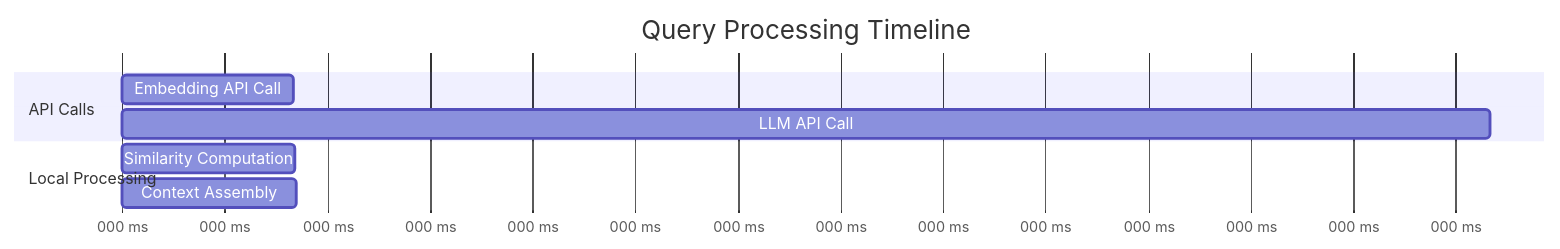
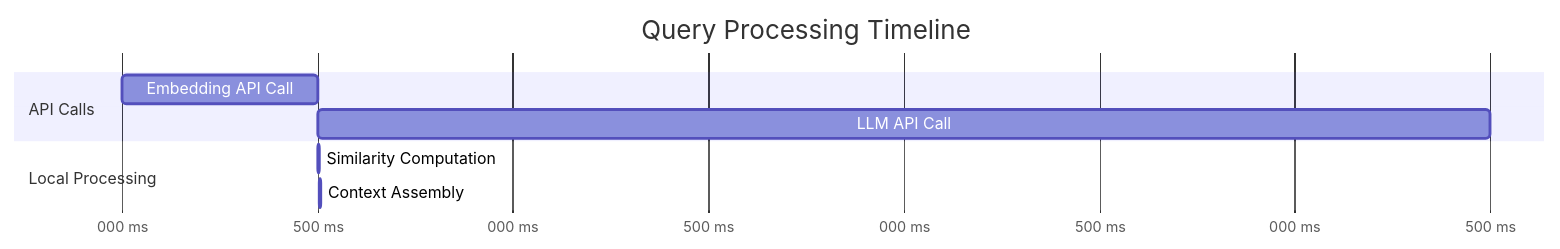
Diagram 14 of 16 in 02_Embeddings_and_RAG/Understanding_Pythonic_RAG.md (ovokpus/AIE8), drawn with Mermaid before and after one commit. The commit also changed other lines of this file, not shown here.

Commit message:
fixed mermaid

````diff
--- a/02_Embeddings_and_RAG/Understanding_Pythonic_RAG.md
+++ b/02_Embeddings_and_RAG/Understanding_Pythonic_RAG.md
@@ -516,14 +517,14 @@
 ```mermaid
 gantt
     title Query Processing Timeline
-    dateFormat X
+    dateFormat YYYY-MM-DD
     axisFormat %L ms
     
     section API Calls
-    Embedding API Call : 0, 500
-    LLM API Call : 1000, 4000
+    Embedding API Call : task1, 2024-01-01, 500ms
+    LLM API Call : task2, after task1, 3000ms
     
-    section Local Processing
-    Similarity Computation : 500, 505
-    Context Assembly : 505, 510
+    section Local Processing  
+    Similarity Computation : task3, after task1, 5ms
+    Context Assembly : task4, after task3, 5ms
 ```
````
